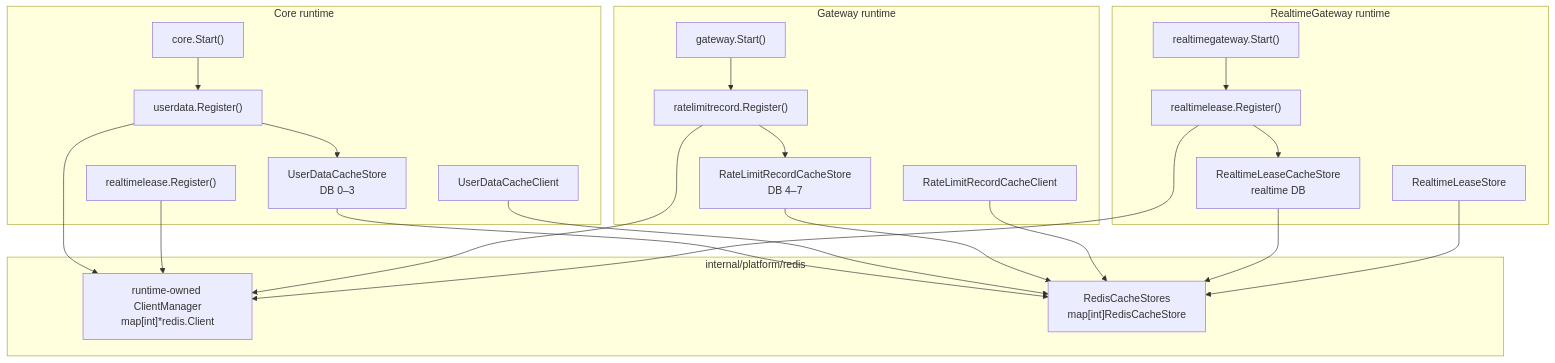
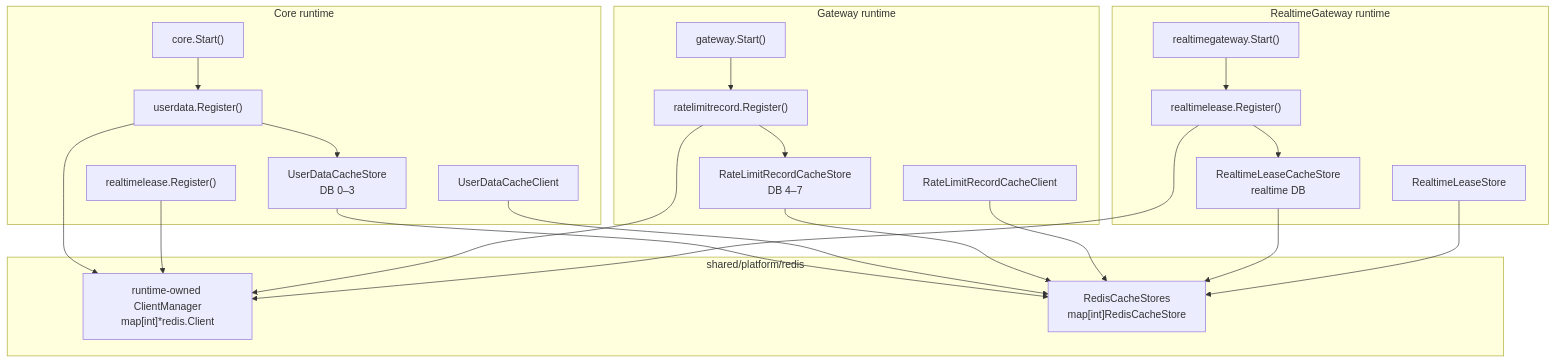
One commit to HiIamJeff67/notezy-backend changed the diagram in docs/codebase-design/microservice-architecture.md. Above: the diagram before and after it, drawn with Mermaid. The commit also changed other lines of this file and 999 other files, not shown here.

````diff
--- a/docs/codebase-design/microservice-architecture.md
+++ b/docs/codebase-design/microservice-architecture.md
@@ -196,42 +231,42 @@
 ```mermaid
 flowchart TB
-  subgraph Platform["internal/platform/redis"]
+  subgraph Platform["shared/platform/redis"]
     Manager["runtime-owned ClientManager<br/>map[int]*redis.Client"]
     Registry["RedisCacheStores<br/>map[int]RedisCacheStore"]
   end
 
   subgraph Core["Core runtime"]
     CoreStart["core.Start()"]
     UserRegister["userdata.Register()"]
     UserStore["UserDataCacheStore<br/>DB 0–3"]
     UserClient["UserDataCacheClient"]
     RealtimeRegisterCore["realtimelease.Register()"]
   end
 
   subgraph Gateway["Gateway runtime"]
     GatewayStart["gateway.Start()"]
     RateRegister["ratelimitrecord.Register()"]
     RateStore["RateLimitRecordCacheStore<br/>DB 4–7"]
     RateClient["RateLimitRecordCacheClient"]
   end
 
   subgraph RealtimeGateway["RealtimeGateway runtime"]
     RealtimeGatewayStart["realtimegateway.Start()"]
     RealtimeRegisterGateway["realtimelease.Register()"]
     LeaseStore["RealtimeLeaseCacheStore<br/>realtime DB"]
     LeaseClient["RealtimeLeaseStore"]
   end
 
   CoreStart --> UserRegister --> Manager
   UserRegister --> UserStore --> Registry
   UserClient --> Registry
   RealtimeRegisterCore --> Manager
 
   GatewayStart --> RateRegister --> Manager
   RateRegister --> RateStore --> Registry
   RateClient --> Registry
 
   RealtimeGatewayStart --> RealtimeRegisterGateway --> Manager
   RealtimeRegisterGateway --> LeaseStore --> Registry
   LeaseClient --> Registry
 ```
````
